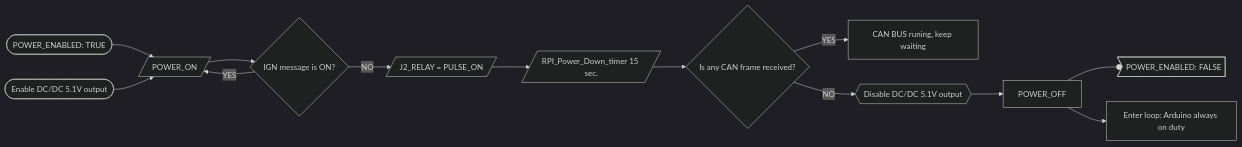
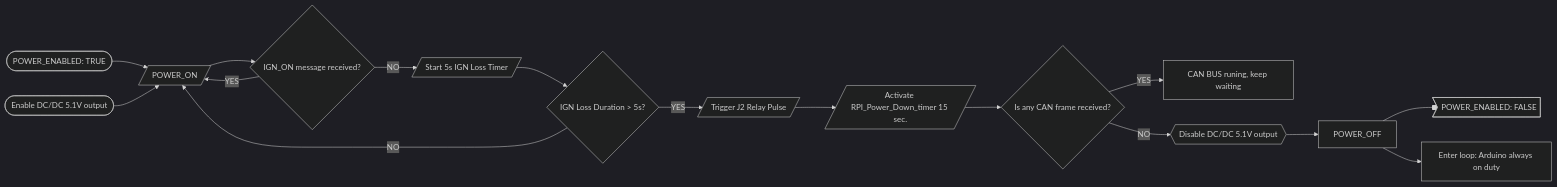
The fourth of 4 diagrams in README.md (martis2580/Outdated-Volvo-Nav-Retrofit), drawn with Mermaid (dark theme) before and after one commit.

Commit message:
Update flowchart for IGN message handling

````diff
--- a/README.md
+++ b/README.md
@@ -109,15 +109,18 @@
 ```mermaid
 flowchart LR
     A([POWER_ENABLED: TRUE])  -->C[/POWER_ON/]
     B([Enable DC/DC 5.1V output])  -->C[/POWER_ON/]
-    C -->D{IGN message is ON?}
+    C -->D{IGN_ON message received?}
     D -->|YES| C
-    D -->|NO| E[/J2_RELAY = PULSE_ON/]
-    E -->F[/RPI_Power_Down_timer 15 sec. /]
-    F -->G{Is any CAN frame received?}
-    G -->|YES| H[CAN BUS runing, keep waiting]
-    G -->|NO|J@{ shape: hex, label: "Disable DC/DC 5.1V output" }
-    J -->K[POWER_OFF]
-    K --oL@{ shape: odd, label: "POWER_ENABLED: FALSE"}
-    K -->M[Enter loop: Arduino always on duty]
+    D -->|NO| E[/Start 5s IGN Loss Timer/]
+    E -->F{IGN Loss Duration > 5s?}
+    F -->|NO| C
+    F -->|YES| G[/Trigger J2 Relay Pulse/]
+    G --> H[/Activate RPI_Power_Down_timer 15 sec./]
+    H -->J{Is any CAN frame received?}
+    J -->|YES| K[CAN BUS runing, keep waiting]
+    J -->|NO|L@{ shape: hex, label: "Disable DC/DC 5.1V output" }
+    L -->M[POWER_OFF]
+    M --oN@{ shape: odd, label: "POWER_ENABLED: FALSE"}
+    M -->O[Enter loop: Arduino always on duty]
 ```
````
